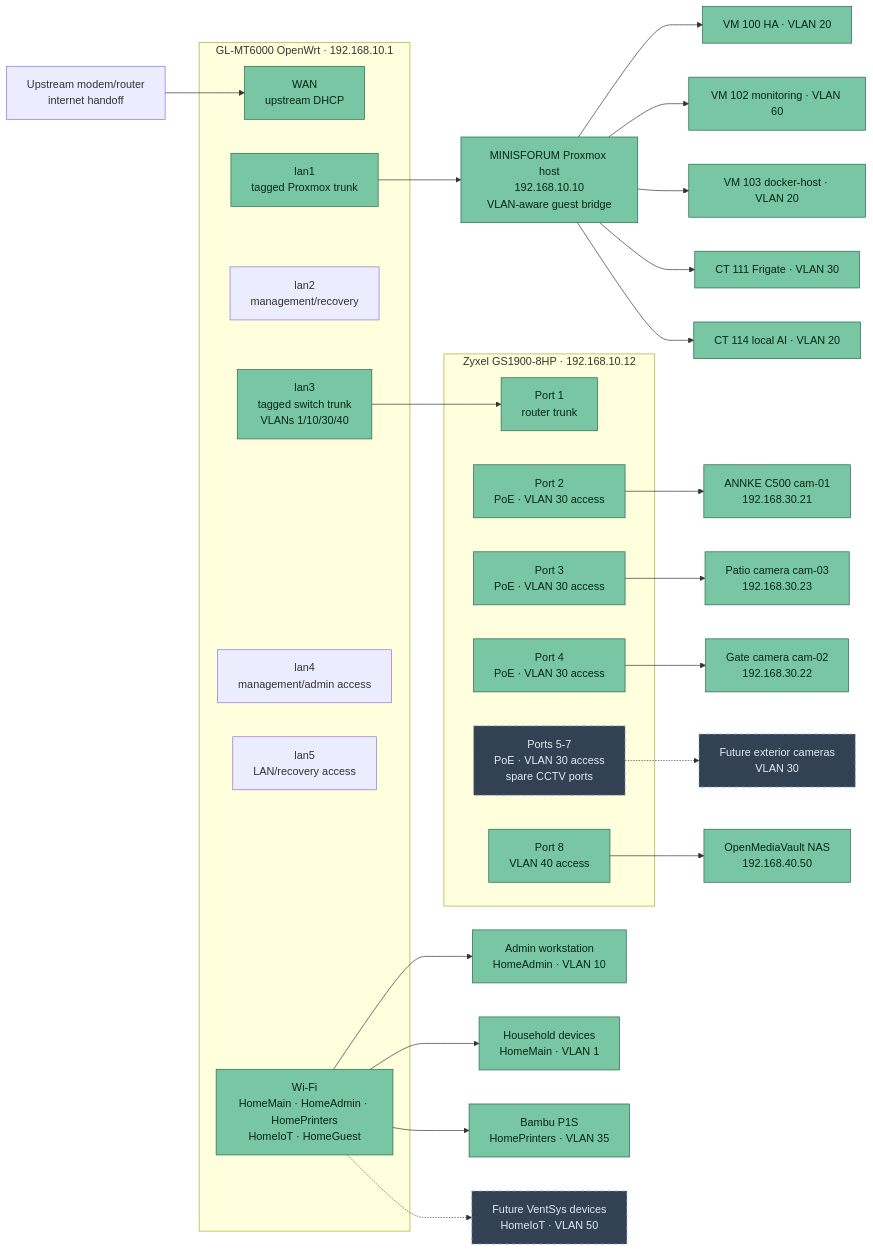
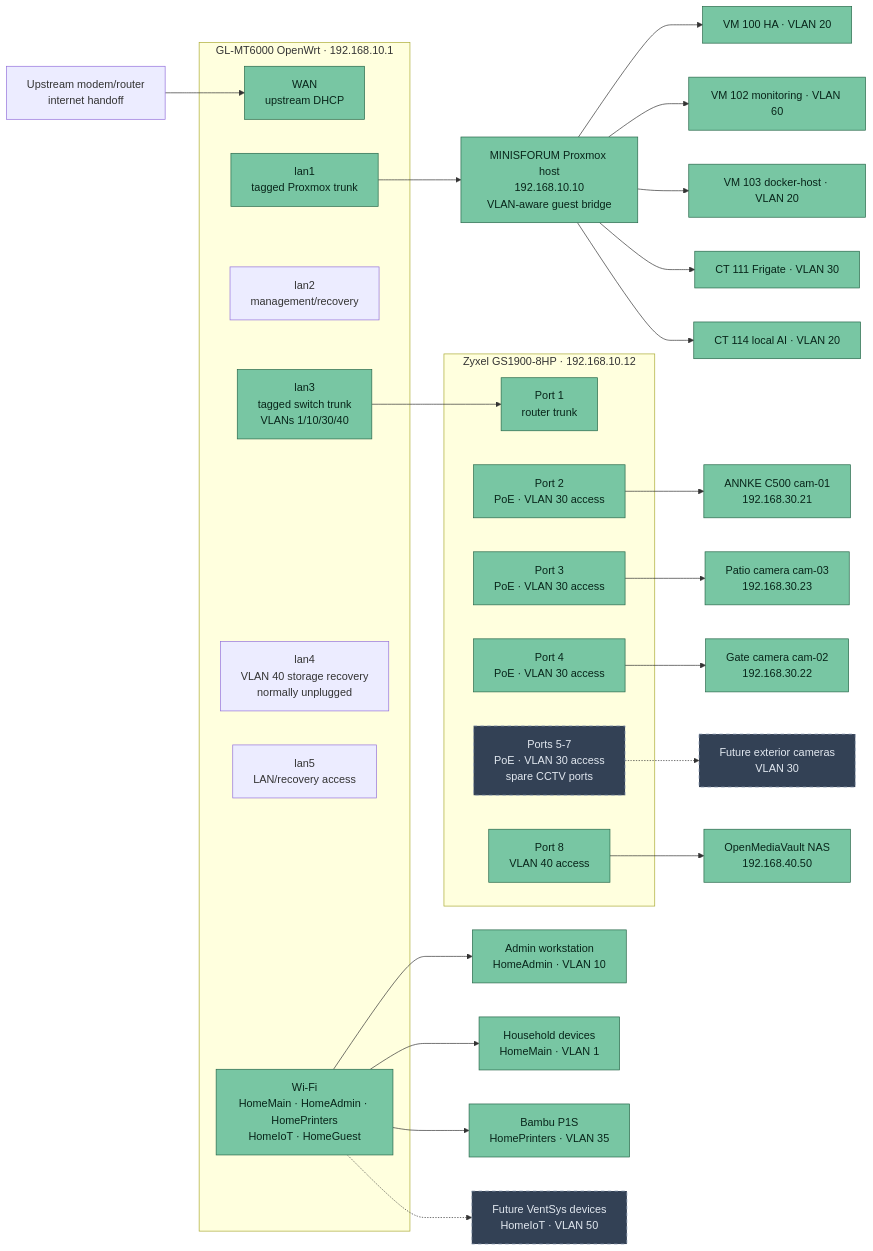
Before and after one commit to Nysplaidame/home-automation-project: the diagram in main/docs/diagrams/network/physical-port-and-cabling.mermaid, drawn with Mermaid. The commit also changed 60 other files, not shown here.

First line of the commit message:
docs(architecture): reconcile live system

```diff
--- a/main/docs/diagrams/network/physical-port-and-cabling.mermaid
+++ b/main/docs/diagrams/network/physical-port-and-cabling.mermaid
@@ -1,45 +1,45 @@
 flowchart LR
     Upstream["Upstream modem/router<br/>internet handoff"] --> WAN
 
     subgraph Router["GL-MT6000 OpenWrt · 192.168.10.1"]
         WAN["WAN<br/>upstream DHCP"]
         LAN1["lan1<br/>tagged Proxmox trunk"]
         LAN2["lan2<br/>management/recovery"]
         LAN3["lan3<br/>tagged switch trunk<br/>VLANs 1/10/30/40"]
-        LAN4["lan4<br/>management/admin access"]
+        LAN4["lan4<br/>VLAN 40 storage recovery<br/>normally unplugged"]
         LAN5["lan5<br/>LAN/recovery access"]
         WiFi["Wi-Fi<br/>HomeMain · HomeAdmin · HomePrinters<br/>HomeIoT · HomeGuest"]
     end
 
     LAN1 --> Proxmox["MINISFORUM Proxmox host<br/>192.168.10.10<br/>VLAN-aware guest bridge"]
     LAN3 --> SW1
 
     subgraph Switch["Zyxel GS1900-8HP · 192.168.10.12"]
         SW1["Port 1<br/>router trunk"]
         SW2["Port 2<br/>PoE · VLAN 30 access"]
         SW3["Port 3<br/>PoE · VLAN 30 access"]
         SW4["Port 4<br/>PoE · VLAN 30 access"]
         SW57["Ports 5-7<br/>PoE · VLAN 30 access<br/>spare CCTV ports"]
         SW8["Port 8<br/>VLAN 40 access"]
     end
 
     SW2 --> Camera["ANNKE C500 cam-01<br/>192.168.30.21"]
     SW3 --> PatioCamera["Patio camera cam-03<br/>192.168.30.23"]
     SW4 --> GateCamera["Gate camera cam-02<br/>192.168.30.22"]
     SW57 -.-> FutureCameras["Future exterior cameras<br/>VLAN 30"]
     SW8 --> OMV["OpenMediaVault NAS<br/>192.168.40.50"]
     WiFi --> Admin["Admin workstation<br/>HomeAdmin · VLAN 10"]
     WiFi --> Users["Household devices<br/>HomeMain · VLAN 1"]
     WiFi --> Printer["Bambu P1S<br/>HomePrinters · VLAN 35"]
     WiFi -.-> VentSys["Future VentSys devices<br/>HomeIoT · VLAN 50"]
 
     Proxmox --> HA["VM 100 HA · VLAN 20"]
     Proxmox --> Monitor["VM 102 monitoring · VLAN 60"]
     Proxmox --> Docker["VM 103 docker-host · VLAN 20"]
     Proxmox --> Frigate["CT 111 Frigate · VLAN 30"]
     Proxmox --> LLM["CT 114 local AI · VLAN 20"]
 
     classDef live fill:#78c6a3,stroke:#276749,color:#08251a
     classDef future fill:#334155,stroke:#94a3b8,color:#e2e8f0,stroke-dasharray: 5 5
     class WAN,LAN1,LAN3,WiFi,Proxmox,SW1,SW2,SW3,SW4,SW8,Camera,PatioCamera,GateCamera,OMV,Admin,Users,Printer,HA,Monitor,Docker,Frigate,LLM live
     class SW57,FutureCameras,VentSys future
```
